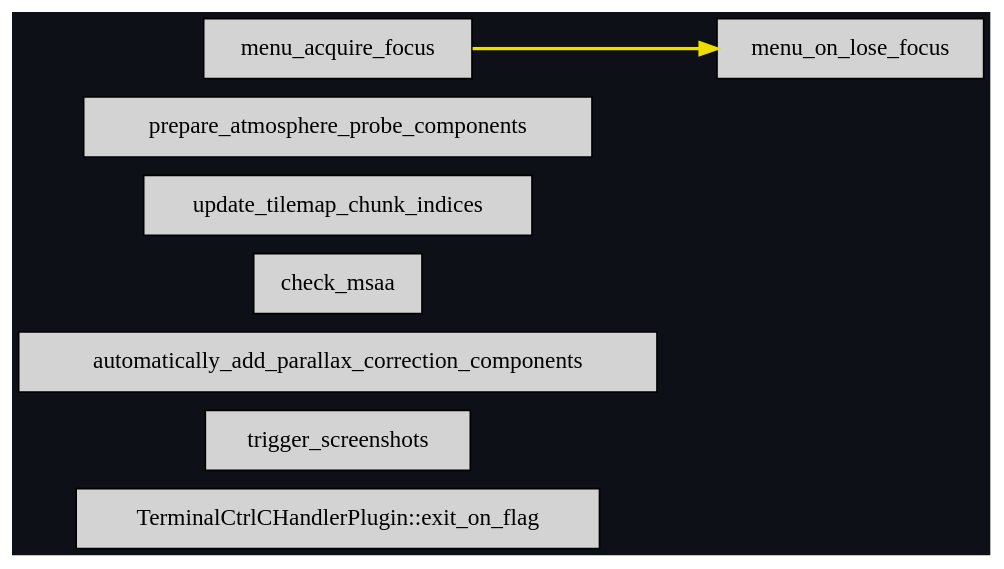
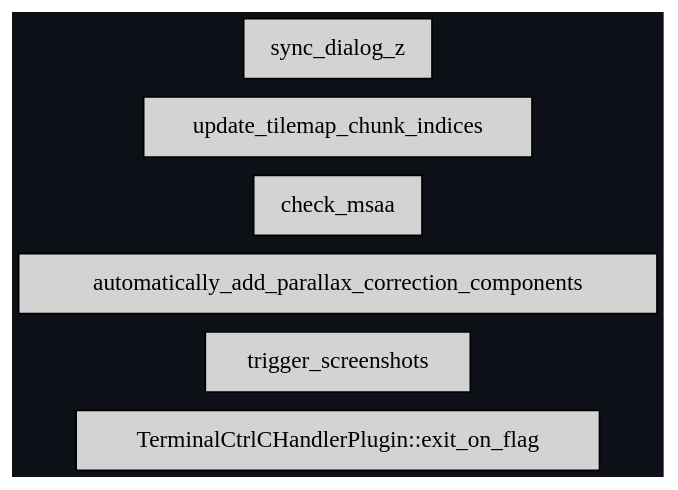
The diagram in docs/schedule/dark/schedule_Update.dot (jakobhellermann/bevy_mod_debugdump), drawn with Graphviz before and after one commit. The commit also changed 74 other files, not shown here.

```diff
--- a/docs/schedule/dark/schedule_Update.dot
+++ b/docs/schedule/dark/schedule_Update.dot
@@ -1,19 +1,16 @@
 digraph "" {
 	"compound"="true";
 	"splines"="spline";
 	"rankdir"="LR";
 	"bgcolor"="#0d1117";
 	"fontname"="Helvetica";
 	"nodesep"="0.15";
 	edge ["penwidth"="2"];
 	node ["shape"="box", "style"="filled"];
 	"node_System(SystemKey(1v1))" ["label"="TerminalCtrlCHandlerPlugin::exit_on_flag", "tooltip"="bevy_app::terminal_ctrl_c_handler::TerminalCtrlCHandlerPlugin::exit_on_flag"]
 	"node_System(SystemKey(2v1))" ["label"="trigger_screenshots", "tooltip"="bevy_render::view::window::screenshot::trigger_screenshots"]
 	"node_System(SystemKey(3v1))" ["label"="automatically_add_parallax_correction_components", "tooltip"="bevy_light::probe::automatically_add_parallax_correction_components"]
 	"node_System(SystemKey(4v1))" ["label"="check_msaa", "tooltip"="bevy_core_pipeline::oit::check_msaa"]
 	"node_System(SystemKey(5v1))" ["label"="update_tilemap_chunk_indices", "tooltip"="bevy_sprite_render::tilemap_chunk::update_tilemap_chunk_indices"]
-	"node_System(SystemKey(6v1))" ["label"="prepare_atmosphere_probe_components", "tooltip"="bevy_pbr::atmosphere::environment::prepare_atmosphere_probe_components"]
-	"node_System(SystemKey(7v1))" ["label"="menu_acquire_focus", "tooltip"="bevy_ui_widgets::menu::menu_acquire_focus"]
-	"node_System(SystemKey(8v1))" ["label"="menu_on_lose_focus", "tooltip"="bevy_ui_widgets::menu::menu_on_lose_focus"]
-	"node_System(SystemKey(7v1))" -> "node_System(SystemKey(8v1))" ["lhead"="", "ltail"="", "tooltip"="menu_acquire_focus → menu_on_lose_focus", "color"="#eede00"]
+	"node_System(SystemKey(6v1))" ["label"="sync_dialog_z", "tooltip"="bevy_ui_widgets::dialog::sync_dialog_z"]
 }
```
